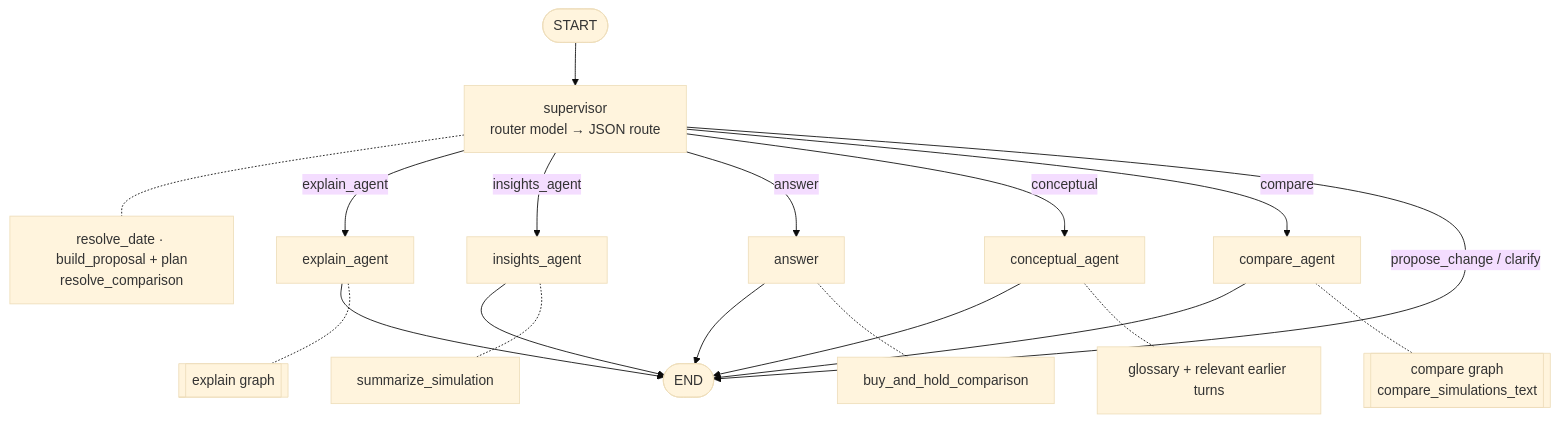
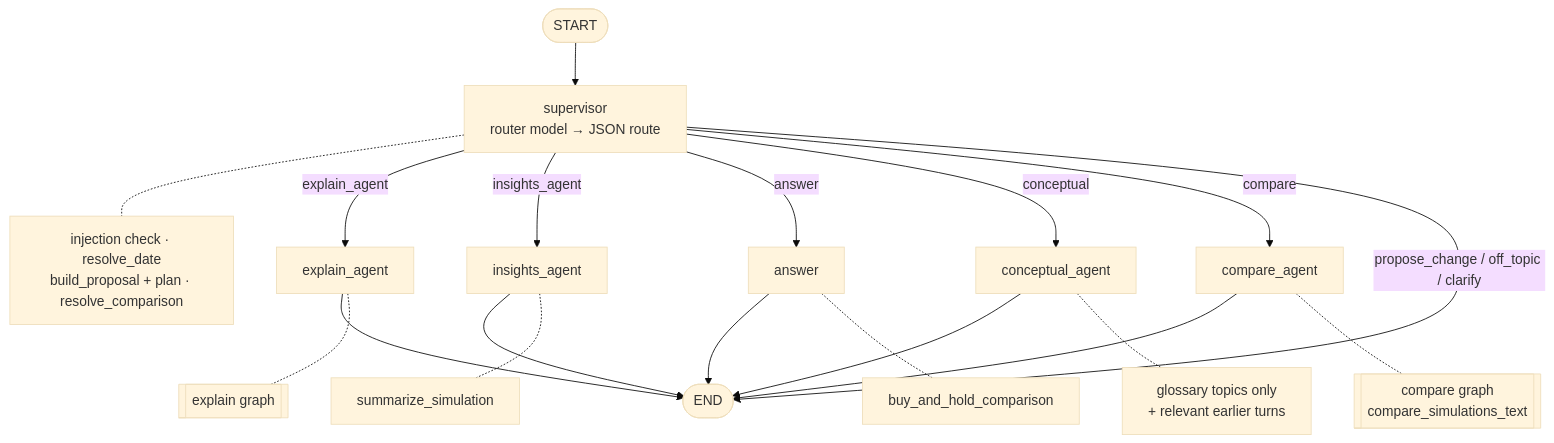
One commit to CardozoEIA/trading_simulator changed the third of 9 diagrams in docs/agents.md. Above: the diagram before and after it, drawn with Mermaid (base theme). The commit also changed other lines of this file and 1 other file, not shown here.

Commit message:
docs(agents): document the off_topic route and the on-topic guarantee

````diff
--- a/docs/agents.md
+++ b/docs/agents.md
@@ -71,18 +71,18 @@
 ```mermaid
 flowchart TB
     S([START]) --> SUP[supervisor<br/>router model → JSON route]
-    SUP -.- h[resolve_date · build_proposal + plan<br/>resolve_comparison]
+    SUP -.- h[injection check · resolve_date<br/>build_proposal + plan · resolve_comparison]
     SUP -->|explain_agent| EA[explain_agent]
     SUP -->|insights_agent| IA[insights_agent]
     SUP -->|answer| AN[answer]
     SUP -->|conceptual| CA[conceptual_agent]
     SUP -->|compare| CO[compare_agent]
-    SUP -->|propose_change / clarify| E([END])
+    SUP -->|propose_change / off_topic / clarify| E([END])
     EA & IA & AN & CA & CO --> E
 
     EA -.- g1[[explain graph]]
     IA -.- t1[summarize_simulation]
     AN -.- t2[buy_and_hold_comparison]
-    CA -.- t3[glossary + relevant earlier turns]
+    CA -.- t3[glossary topics only<br/>+ relevant earlier turns]
     CO -.- g2[[compare graph<br/>compare_simulations_text]]
 ```
````
